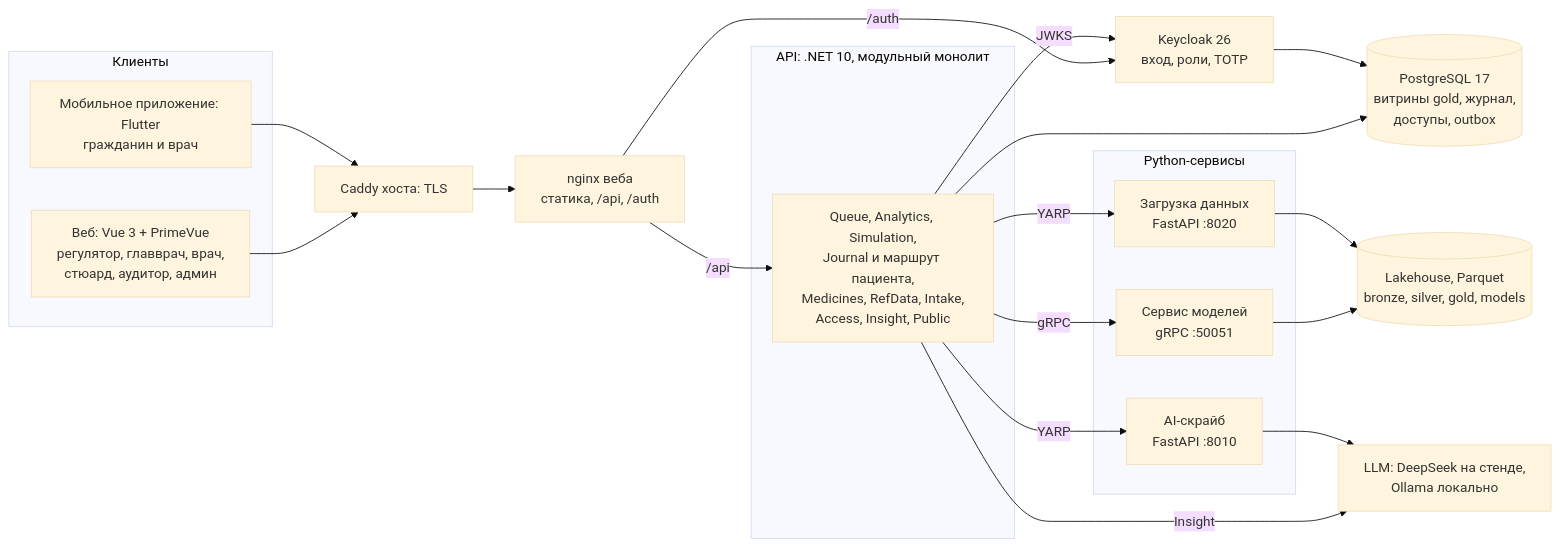
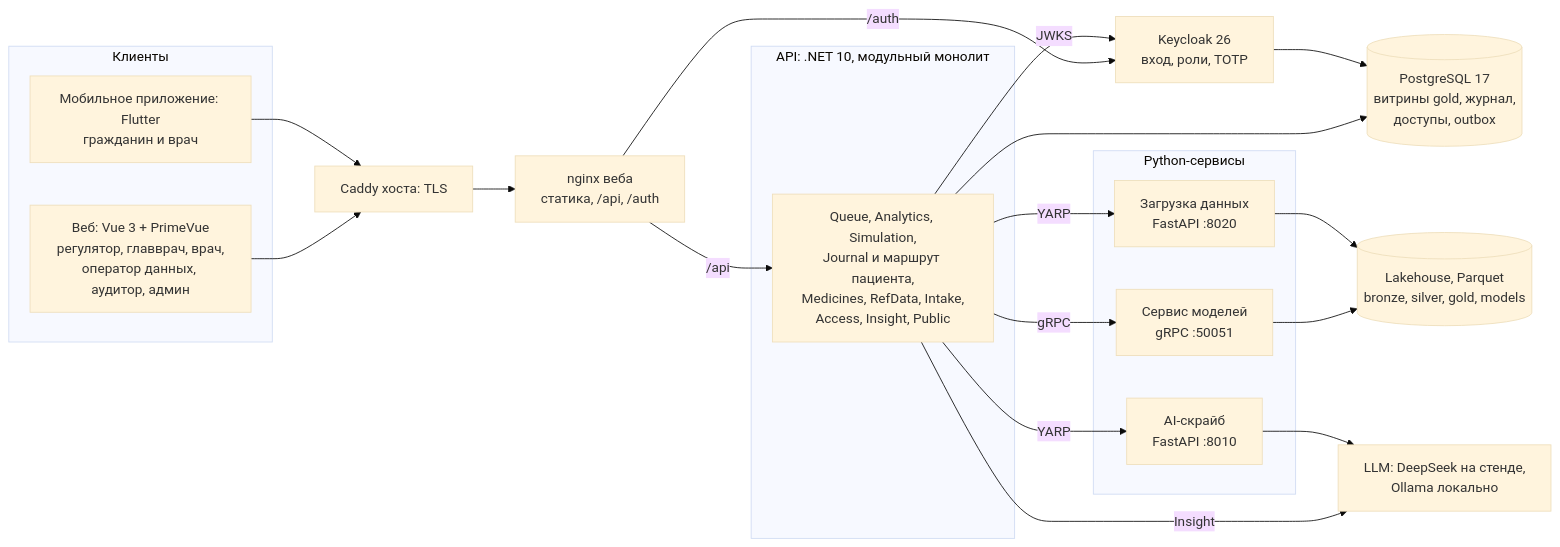
The first of 5 diagrams in README.md (BAITC-Hacks/hack-c2f58e92-icybeard), drawn with Mermaid (base theme) before and after one commit. The commit also changed other lines of this file and 1 other file, not shown here.

````diff
--- a/README.md
+++ b/README.md
@@ -73,36 +129,36 @@
 ```mermaid
 flowchart LR
   subgraph clients["Клиенты"]
-    WEB["Веб: Vue 3 + PrimeVue<br/>регулятор, главврач, врач,<br/>стюард, аудитор, админ"]
+    WEB["Веб: Vue 3 + PrimeVue<br/>регулятор, главврач, врач,<br/>оператор данных, аудитор, админ"]
     MOB["Мобильное приложение: Flutter<br/>гражданин и врач"]
   end
   CADDY["Caddy хоста: TLS"]
   NGINX["nginx веба<br/>статика, /api, /auth"]
   KC["Keycloak 26<br/>вход, роли, TOTP"]
   subgraph apibox["API: .NET 10, модульный монолит"]
     MODS["Queue, Analytics, Simulation,<br/>Journal и маршрут пациента,<br/>Medicines, RefData, Intake,<br/>Access, Insight, Public"]
   end
   subgraph py["Python-сервисы"]
     MODELS["Сервис моделей<br/>gRPC :50051"]
     SCRIBE["AI-скрайб<br/>FastAPI :8010"]
     INTAKE["Загрузка данных<br/>FastAPI :8020"]
   end
   PG[("PostgreSQL 17<br/>витрины gold, журнал,<br/>доступы, outbox")]
   LH[("Lakehouse, Parquet<br/>bronze, silver, gold, models")]
   LLM["LLM: DeepSeek на стенде,<br/>Ollama локально"]
   WEB --> CADDY
   MOB --> CADDY
   CADDY --> NGINX
   NGINX -->|/api| MODS
   NGINX -->|/auth| KC
   MODS -->|JWKS| KC
   MODS --> PG
   MODS -->|gRPC| MODELS
   MODS -->|YARP| SCRIBE
   MODS -->|YARP| INTAKE
   MODS -->|Insight| LLM
   SCRIBE --> LLM
   MODELS --> LH
   INTAKE --> LH
   KC --> PG
 ```
````
